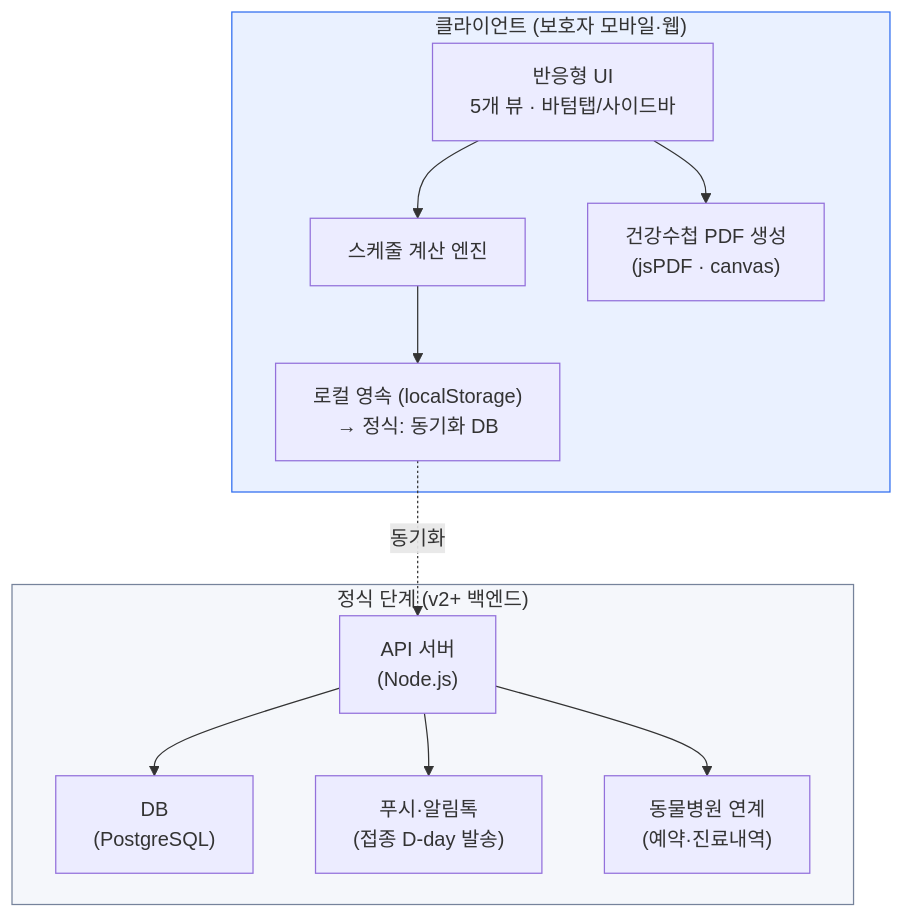
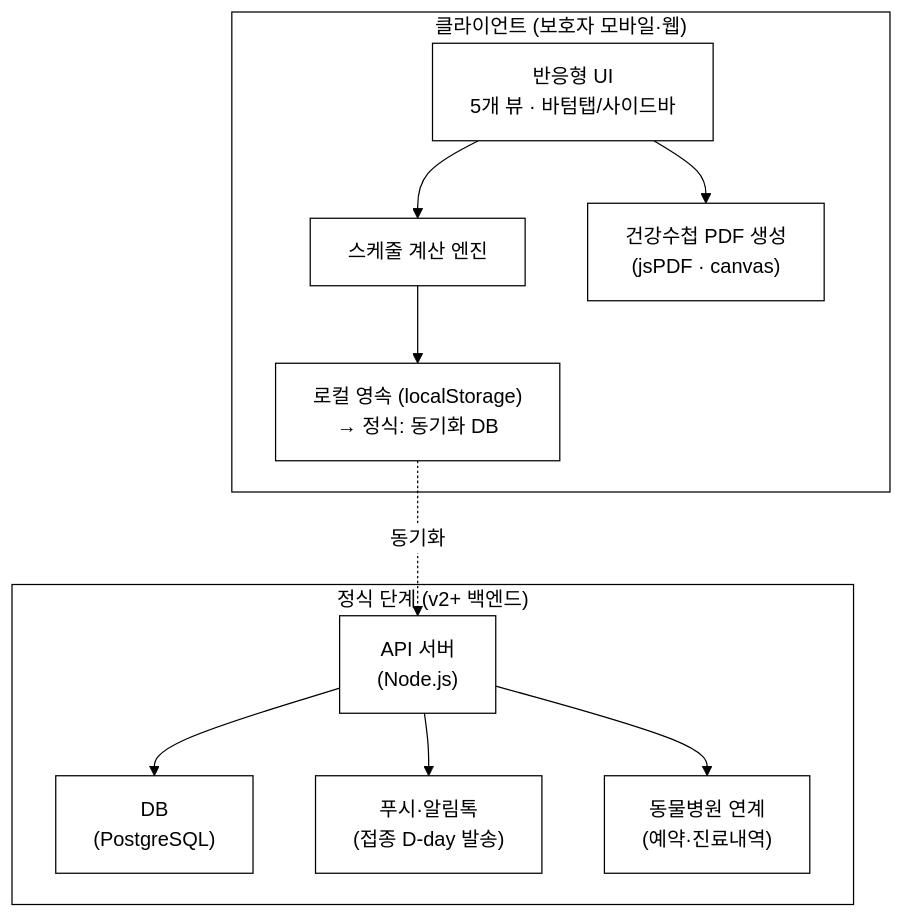
The fourth of 6 diagrams in 2026-saas-pet-health/biz/1_제안서.md (iamywl/k_startup_spare), drawn with Mermaid before and after one commit. The commit also changed other lines of this file and 3 other files, not shown here.

````diff
--- a/2026-saas-pet-health/biz/1_제안서.md
+++ b/2026-saas-pet-health/biz/1_제안서.md
@@ -116,22 +112,21 @@
 ```mermaid
+%%{init: {'theme':'base','themeVariables':{'background':'#ffffff','primaryColor':'#ffffff','primaryBorderColor':'#000000','primaryTextColor':'#000000','secondaryColor':'#ffffff','secondaryBorderColor':'#000000','secondaryTextColor':'#000000','tertiaryColor':'#ffffff','tertiaryBorderColor':'#000000','tertiaryTextColor':'#000000','mainBkg':'#ffffff','secondBkg':'#ffffff','lineColor':'#000000','textColor':'#000000','clusterBkg':'#ffffff','clusterBorder':'#000000','edgeLabelBackground':'#ffffff','actorBkg':'#ffffff','actorBorder':'#000000','noteBkgColor':'#ffffff','noteBorderColor':'#000000','signalColor':'#000000','signalTextColor':'#000000','fontFamily':'Georgia, serif'}}}%%
 graph TB
     subgraph Client["클라이언트 (보호자 모바일·웹)"]
         UI["반응형 UI<br/>5개 뷰 · 바텀탭/사이드바"]
         ENG["스케줄 계산 엔진"]
         PDF["건강수첩 PDF 생성<br/>(jsPDF · canvas)"]
         LS["로컬 영속 (localStorage)<br/>→ 정식: 동기화 DB"]
     end
     subgraph Future["정식 단계 (v2+ 백엔드)"]
         API["API 서버<br/>(Node.js)"]
         DB["DB<br/>(PostgreSQL)"]
         PUSH["푸시·알림톡<br/>(접종 D-day 발송)"]
         VET["동물병원 연계<br/>(예약·진료내역)"]
     end
     UI --> ENG --> LS
     UI --> PDF
     LS -.동기화.-> API --> DB
     API --> PUSH
     API --> VET
-    style Client fill:#eaf1ff,stroke:#2f6df0
-    style Future fill:#f5f7fb,stroke:#76839b
 ```
````
